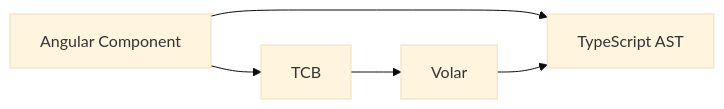
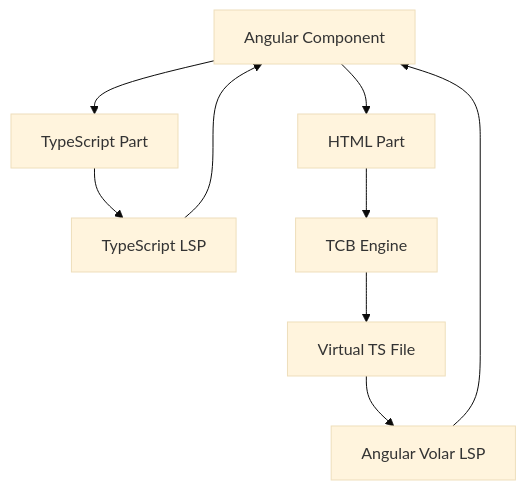
The seventh of 7 diagrams in slides.md (niklas-wortmann/angular-lsp-slides), drawn with Mermaid (base theme) before and after one commit. The commit also changed other lines of this file and 4 other files, not shown here.

````diff
--- a/slides.md
+++ b/slides.md
@@ -403,7 +484,11 @@
 ```mermaid{scale:1.3}
-graph LR
-A[Angular Component] --> B[TypeScript AST]
-A --> C[TCB]
-C --> D[Volar]
-D --> B
+graph TB
+A[Angular Component] --> B[TypeScript Part]
+B --> G[TypeScript LSP]
+G --> A
+A --> H[HTML Part]
+H --> C[TCB Engine]
+C --> D[Virtual TS File]
+D --> E[Angular Volar LSP]
+E --> A
 ```
````
